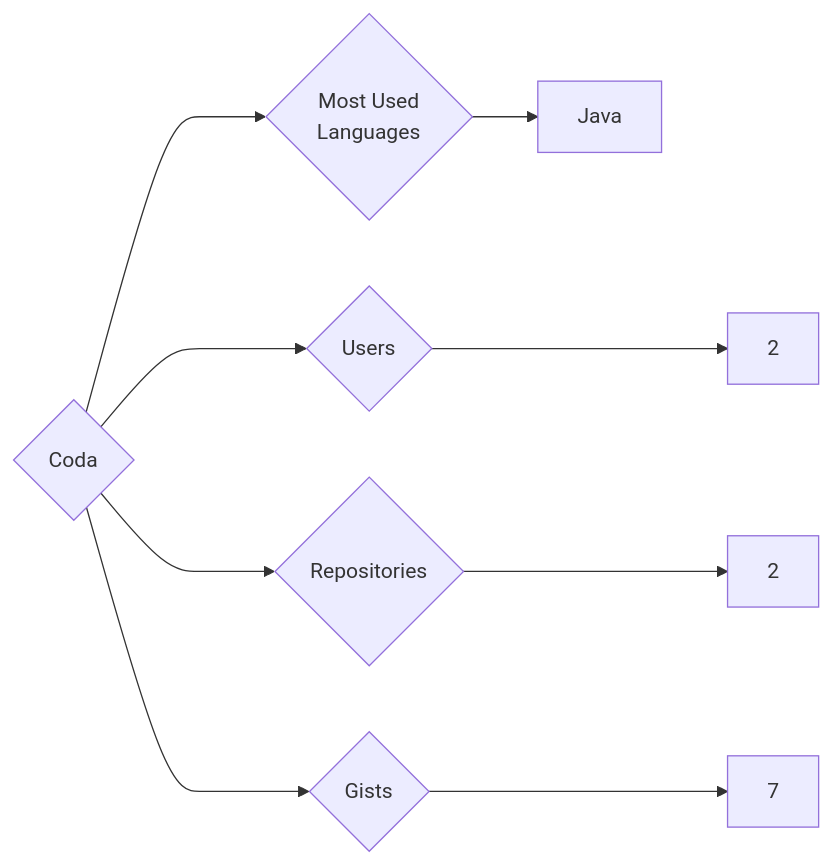
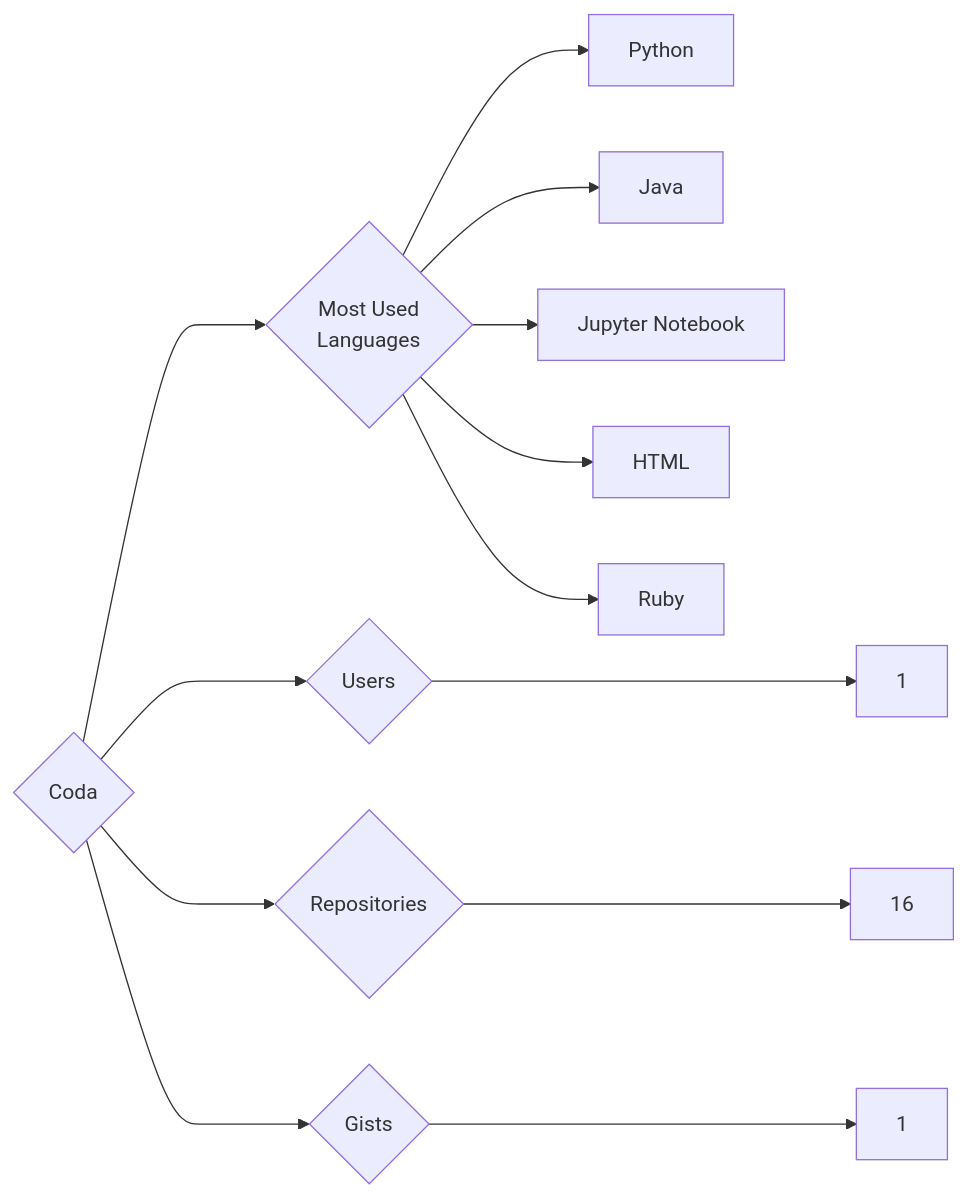
The diagram in targets/Coda/README.md (trickest/insiders), drawn with Mermaid before and after one commit. The commit also changed 1089 other files, not shown here.

````diff
--- a/targets/Coda/README.md
+++ b/targets/Coda/README.md
@@ -3,9 +3,13 @@
 ```mermaid
 graph LR
 COMPANY_NAME{Coda}
-COMPANY_NAME ---> U{Users} ---> UN[2]
-COMPANY_NAME ---> R{Repositories} ---> RN[2]
-COMPANY_NAME ---> G{Gists} ---> GN[7]
+COMPANY_NAME ---> U{Users} ---> UN[1]
+COMPANY_NAME ---> R{Repositories} ---> RN[16]
+COMPANY_NAME ---> G{Gists} ---> GN[1]
 COMPANY_NAME ---> ML{Most Used<br>Languages}
+ML --> Python[Python]
 ML --> Java[Java]
+ML --> Jupyter_Notebook[Jupyter Notebook]
+ML --> HTML[HTML]
+ML --> Ruby[Ruby]
 ```
````
